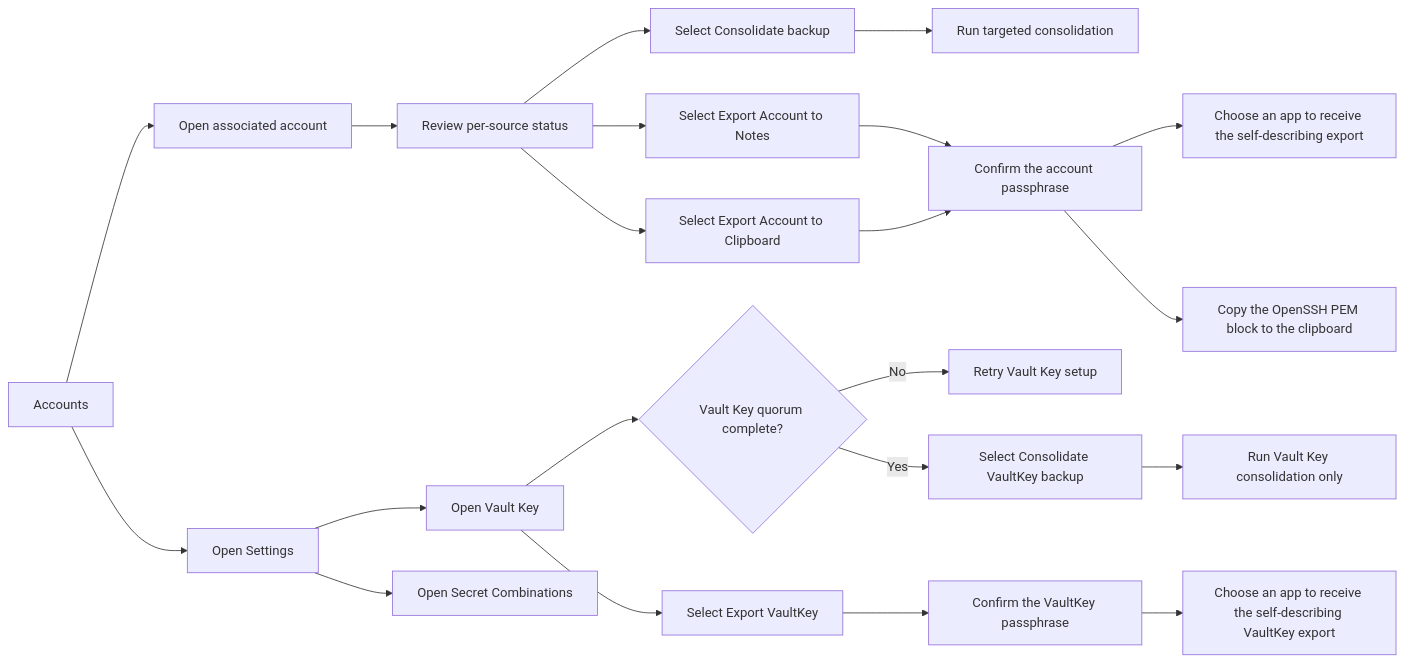
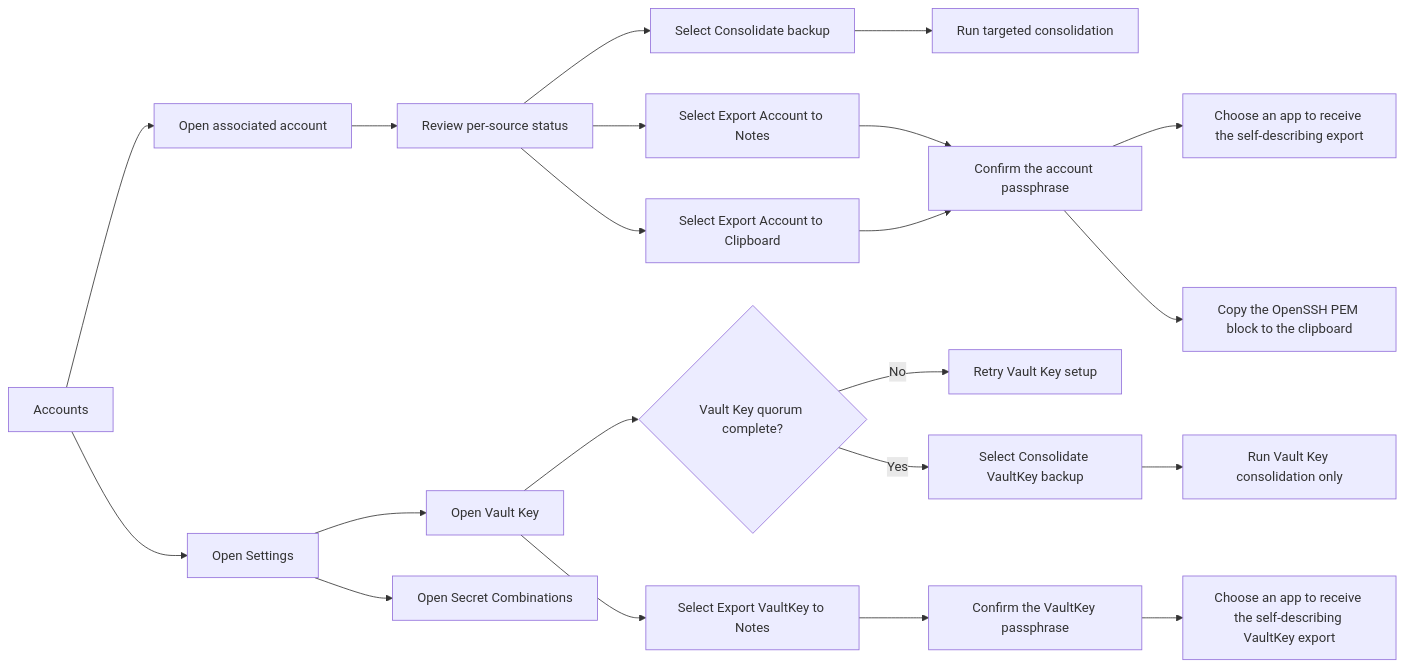
The sixth of 8 diagrams in docs/stakeholder/flowcharts.md (ZenTenApp/vault-kotlin), drawn with Mermaid before and after one commit. The commit also changed 6 other files, not shown here.

Commit message:
refactor(vaultkey): rename Export VaultKey button to Export VaultKey to Notes

````diff
--- a/docs/stakeholder/flowcharts.md
+++ b/docs/stakeholder/flowcharts.md
@@ -215,23 +215,23 @@
 ```mermaid
 flowchart LR
     Accounts["Accounts"] --> Account["Open associated account"]
     Account --> Status["Review per-source status"]
     Status --> One["Select Consolidate backup"]
     One --> Targeted["Run targeted consolidation"]
     Status --> ExportNotes["Select Export Account to Notes"]
     ExportNotes --> ExportPassphrase["Confirm the account passphrase"]
     ExportPassphrase --> ExportPick["Choose an app to receive the self-describing export"]
     Status --> ExportClipboard["Select Export Account to Clipboard"]
     ExportClipboard --> ExportPassphrase
     ExportPassphrase --> Clipboard["Copy the OpenSSH PEM block to the clipboard"]
     Accounts --> Settings["Open Settings"]
     Settings --> VaultKey["Open Vault Key"]
     VaultKey --> VaultKeyState{"Vault Key quorum complete?"}
     VaultKeyState -->|No| Retry["Retry Vault Key setup"]
     VaultKeyState -->|Yes| All["Select Consolidate VaultKey backup"]
     All --> Full["Run Vault Key consolidation only"]
-    VaultKey --> ExportVK["Select Export VaultKey"]
+    VaultKey --> ExportVK["Select Export VaultKey to Notes"]
     ExportVK --> ExportVKPassphrase["Confirm the VaultKey passphrase"]
     ExportVKPassphrase --> ExportVKPick["Choose an app to receive the self-describing VaultKey export"]
     Settings --> SecretCombos["Open Secret Combinations"]
 ```
````
